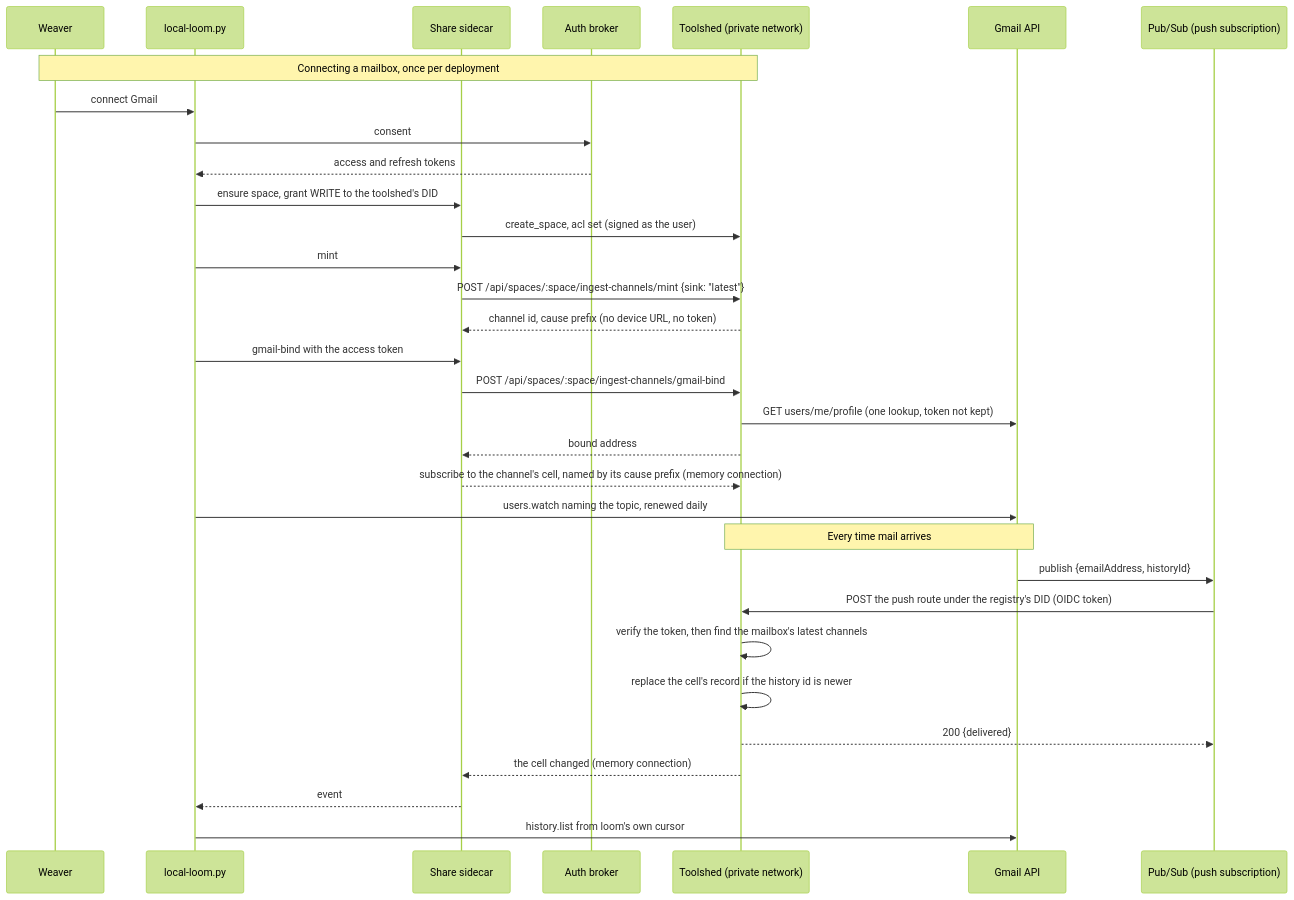
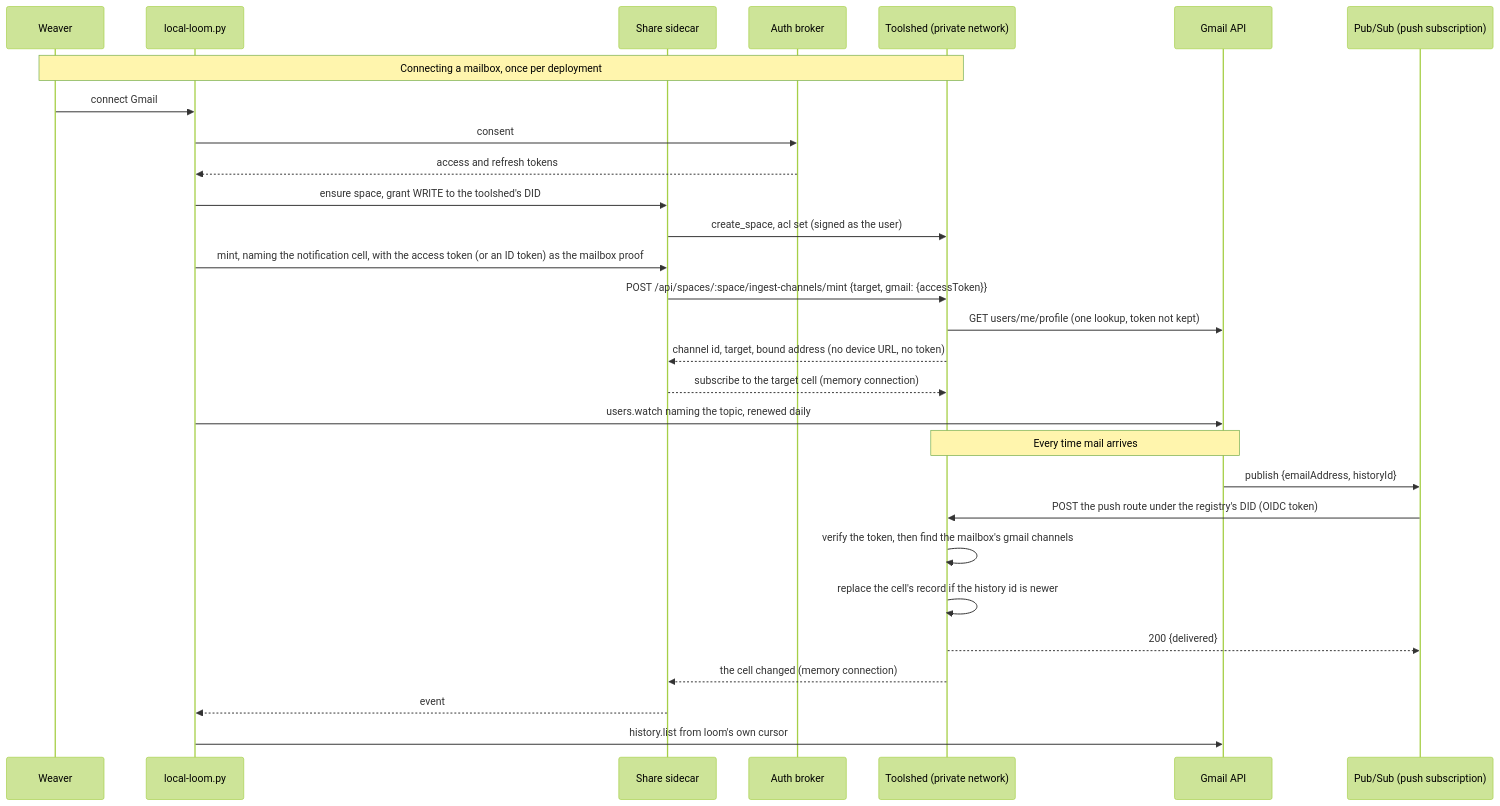
One commit to commonfabric/labs changed the fourth of 4 diagrams in docs/features/gmail-push-architecture.md. Above: the diagram before and after it, drawn with Mermaid (forest theme). The commit also changed other lines of this file and 44 other files, not shown here.

First line of the commit message:
feat(toolshed): bind a Gmail mailbox on mint, and drop the bind verbs (#8626)

````diff
--- a/docs/features/gmail-push-architecture.md
+++ b/docs/features/gmail-push-architecture.md
@@ -171,36 +180,33 @@
 ```mermaid
 sequenceDiagram
     participant W as Weaver
     participant L as local-loom.py
     participant S as Share sidecar
     participant B as Auth broker
     participant T as Toolshed (private network)
     participant G as Gmail API
     participant P as Pub/Sub (push subscription)
 
     Note over W,T: Connecting a mailbox, once per deployment
     W->>L: connect Gmail
     L->>B: consent
     B-->>L: access and refresh tokens
     L->>S: ensure space, grant WRITE to the toolshed's DID
     S->>T: create_space, acl set (signed as the user)
-    L->>S: mint
-    S->>T: POST /api/spaces/:space/ingest-channels/mint {sink: "latest"}
-    T-->>S: channel id, cause prefix (no device URL, no token)
-    L->>S: gmail-bind with the access token
-    S->>T: POST /api/spaces/:space/ingest-channels/gmail-bind
+    L->>S: mint, naming the notification cell, with the access token (or an ID token) as the mailbox proof
+    S->>T: POST /api/spaces/:space/ingest-channels/mint {target, gmail: {accessToken}}
     T->>G: GET users/me/profile (one lookup, token not kept)
-    T-->>S: bound address
-    S-->>T: subscribe to the channel's cell, named by its cause prefix (memory connection)
+    T-->>S: channel id, target, bound address (no device URL, no token)
+    S-->>T: subscribe to the target cell (memory connection)
     L->>G: users.watch naming the topic, renewed daily
 
     Note over G,T: Every time mail arrives
     G->>P: publish {emailAddress, historyId}
     P->>T: POST the push route under the registry's DID (OIDC token)
-    T->>T: verify the token, then find the mailbox's latest channels
+    T->>T: verify the token, then find the mailbox's gmail channels
     T->>T: replace the cell's record if the history id is newer
     T-->>P: 200 {delivered}
     T-->>S: the cell changed (memory connection)
     S-->>L: event
     L->>G: history.list from loom's own cursor
 ```
````
